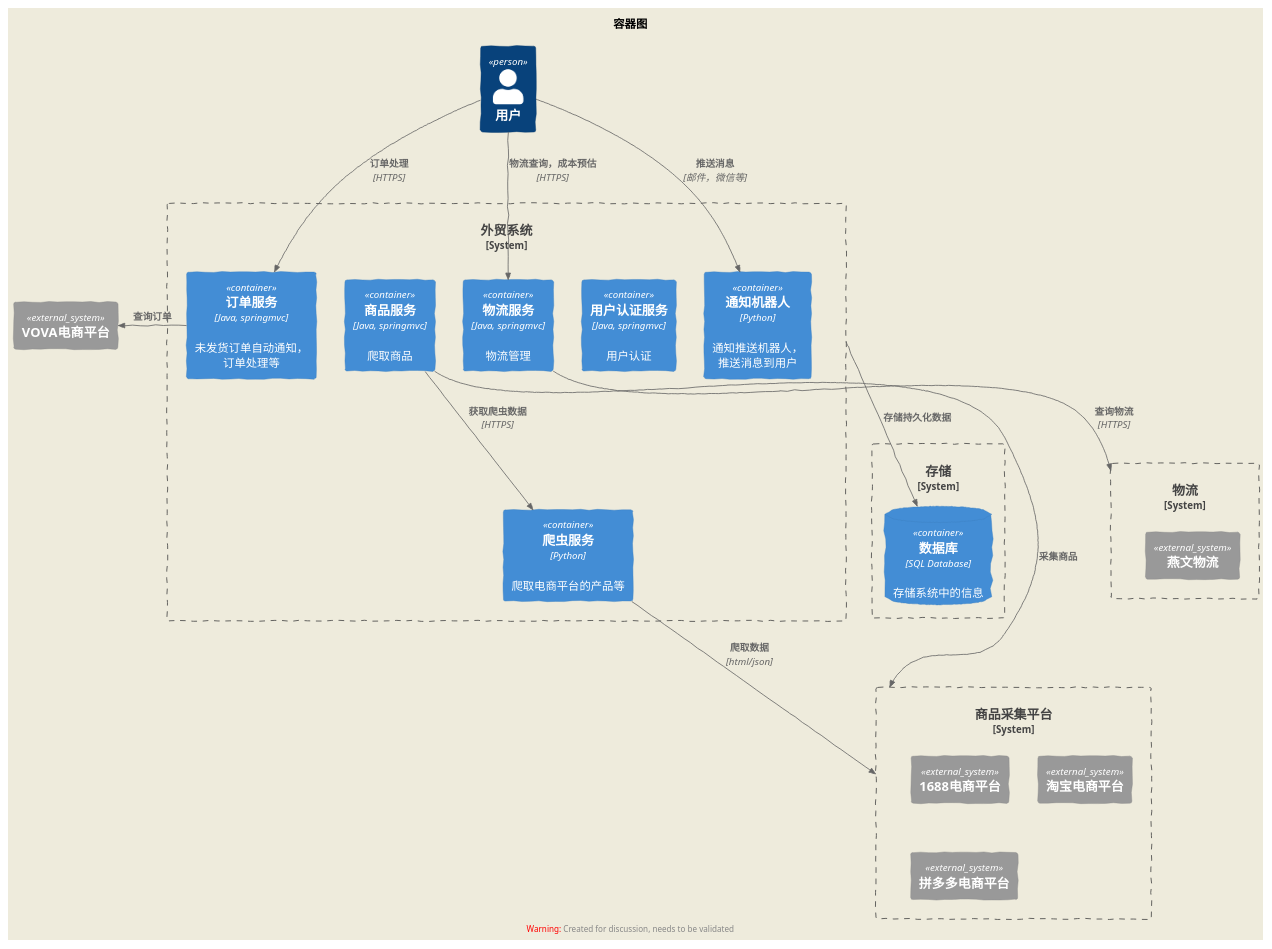
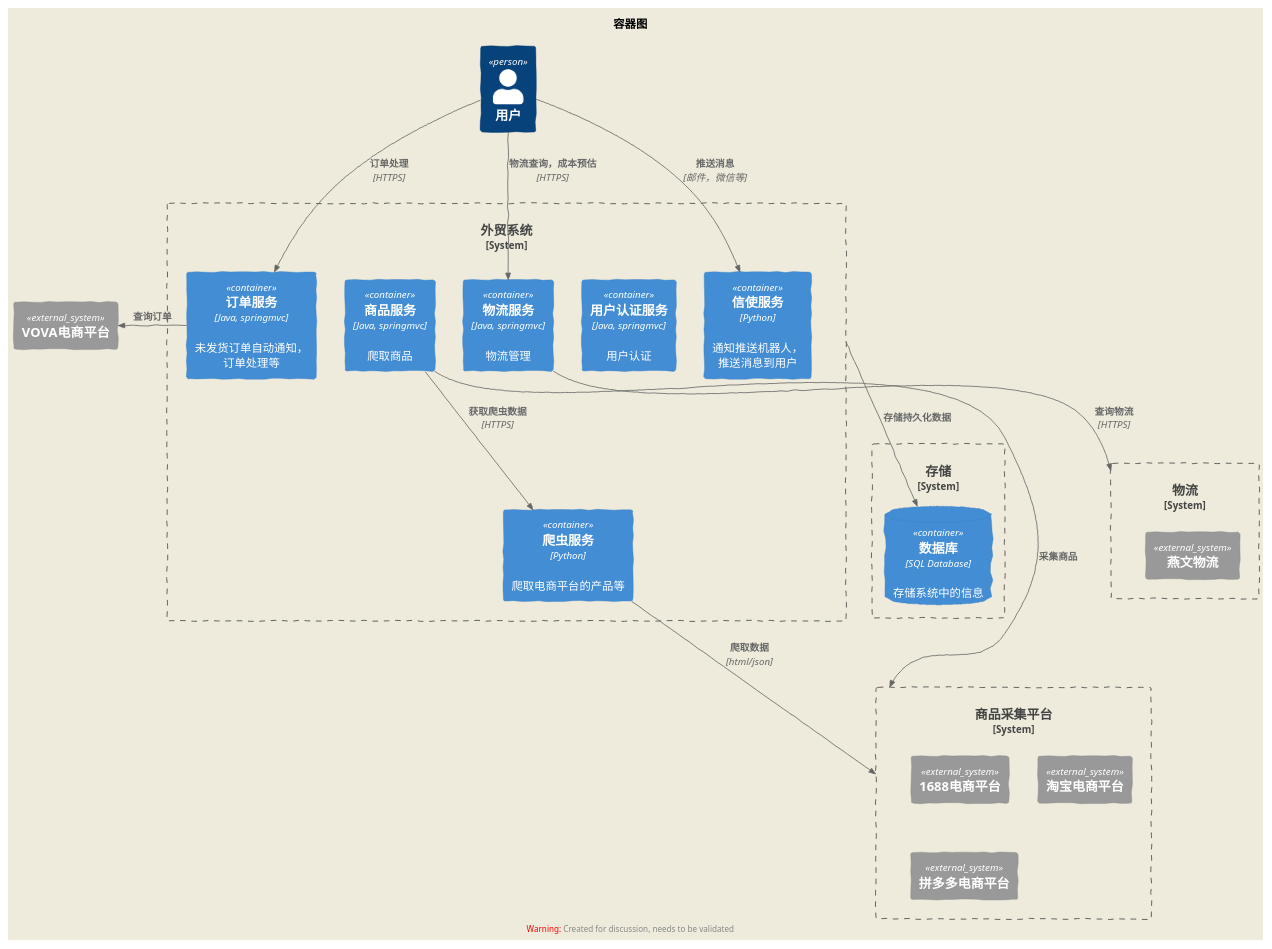
Before and after one commit to chl105/cbec-toolbox: the diagram in architecture.puml, drawn with PlantUML.

```diff
--- a/architecture.puml
+++ b/architecture.puml
@@ -1,57 +1,57 @@
 @startuml container-diagram
 !include https://unpkg.com/plantuml-style-c4@latest/c4_component.puml
 ' uncomment the following line and comment the first to use locally
 '!include c4_component.puml
 
 'LAYOUT_WITH_LEGEND()
 LAYOUT_AS_SKETCH()
 
 title 容器图
 
 Person(user, "用户")
 
 System_Boundary(thisSystem, "外贸系统"){
     Container(authContainer, "用户认证服务", "Java, springmvc", "用户认证")
     Container(orderContainer, "订单服务", "Java, springmvc", "未发货订单自动通知，订单处理等")
     Container(goodsContainer, "商品服务", "Java, springmvc", "爬取商品")
     Container(logisticsContainer,"物流服务","Java, springmvc", "物流管理")
     Container(spiderContainer, "爬虫服务", "Python", "爬取电商平台的产品等")
-    Container(messagerContainer, "通知机器人", "Python", "通知推送机器人，推送消息到用户")
+    Container(messagerContainer, "信使服务", "Python", "通知推送机器人，推送消息到用户")
 
     Rel(goodsContainer, spiderContainer, "获取爬虫数据", "HTTPS")
 }
 
 
 System_Boundary(storage, "存储"){
     ContainerDb(database, "数据库", "SQL Database", "存储系统中的信息")
 }
 
 
 System_Boundary(logistics, "物流"){
     System_Ext(yw56, "燕文物流")
 }
 
 System_Ext(vova, "VOVA电商平台")
 
 System_Boundary(platform, "商品采集平台"){
     System_Ext(ali1688, "1688电商平台")
     System_Ext(taobao, "淘宝电商平台")
     System_Ext(pdd, "拼多多电商平台")
 }
 
 
 Rel(user, orderContainer, "订单处理", "HTTPS")
 Rel(user, logisticsContainer, "物流查询，成本预估","HTTPS")
 Rel_Back(messagerContainer, user, "推送消息", "邮件，微信等")
 
 
 Rel_L(orderContainer, vova, "查询订单")
 Rel(goodsContainer, platform, "采集商品")
 Rel_D(thisSystem, database, "存储持久化数据")
 Rel(spiderContainer, platform, "爬取数据", "html/json")
 Rel(logisticsContainer, logistics, "查询物流", "HTTPS")
 
 Lay_D(thisSystem, database)
 
 
 @enduml
```
